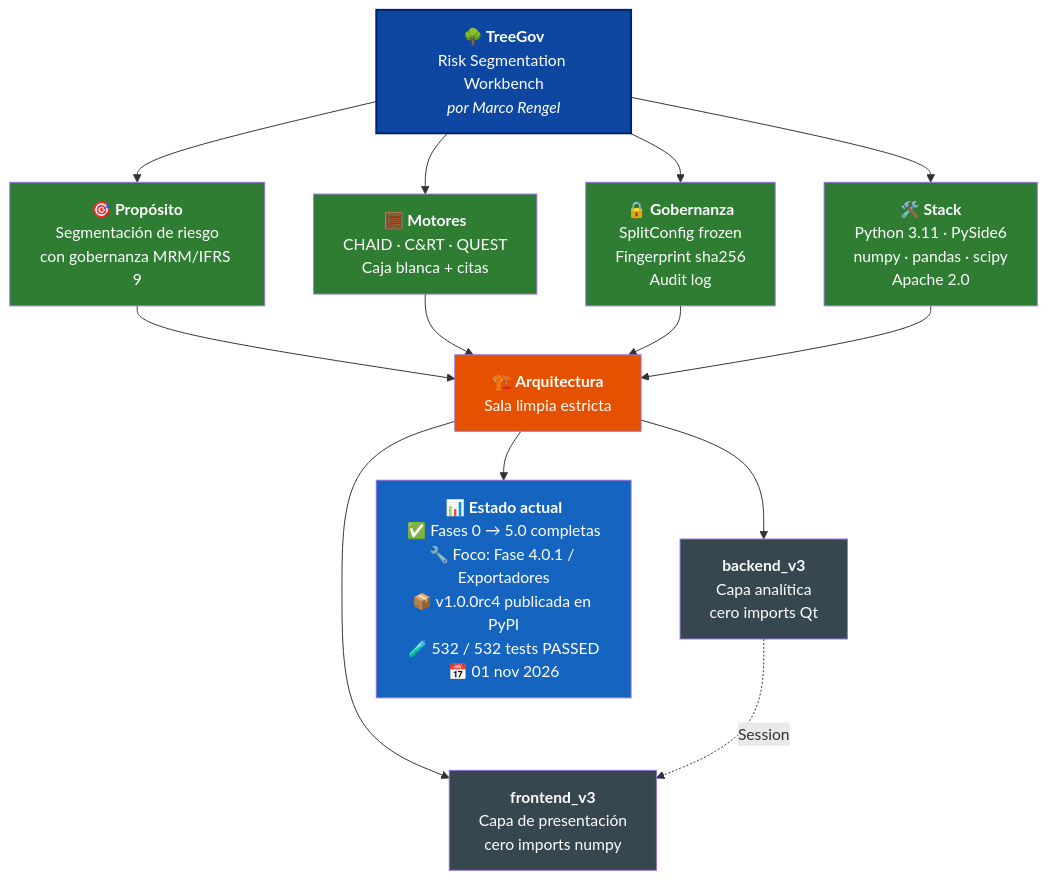
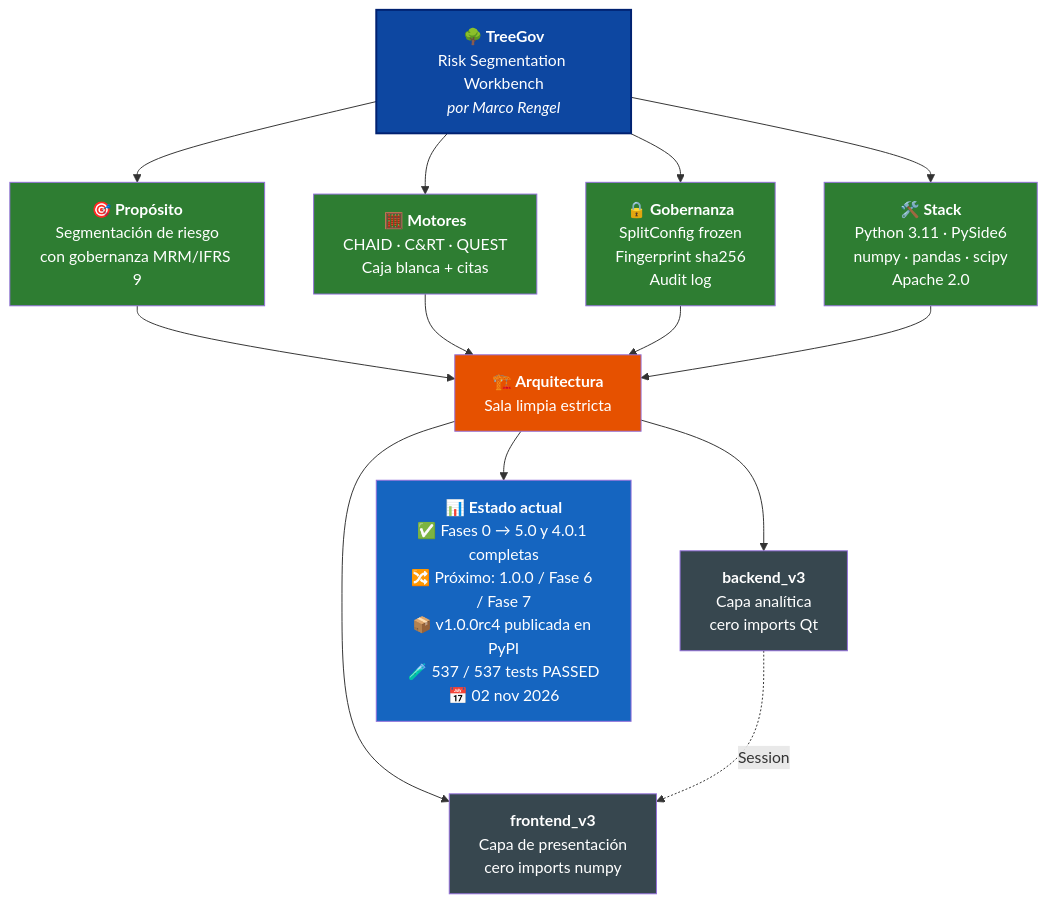
One commit to Marco-Rengel/treegov changed the diagram in README.es.md. Above: the diagram before and after it, drawn with Mermaid. The commit also changed other lines of this file and 12 other files, not shown here.

````diff
--- a/README.es.md
+++ b/README.es.md
@@ -38,31 +38,31 @@
 ```mermaid
 flowchart TB
     TG["<b>🌳 TreeGov</b><br/>Risk Segmentation Workbench<br/><i>por Marco Rengel</i>"]
 
     TG --> P["<b>🎯 Propósito</b><br/>Segmentación de riesgo<br/>con gobernanza MRM/IFRS 9"]
     TG --> M["<b>🧮 Motores</b><br/>CHAID · C&RT · QUEST<br/>Caja blanca + citas"]
     TG --> G["<b>🔒 Gobernanza</b><br/>SplitConfig frozen<br/>Fingerprint sha256<br/>Audit log"]
     TG --> S["<b>🛠️ Stack</b><br/>Python 3.11 · PySide6<br/>numpy · pandas · scipy<br/>Apache 2.0"]
 
     P --> ARQ["<b>🏗️ Arquitectura</b><br/>Sala limpia estricta"]
     M --> ARQ
     G --> ARQ
     S --> ARQ
 
     ARQ --> BE["<b>backend_v3</b><br/>Capa analítica<br/>cero imports Qt"]
     ARQ --> FE["<b>frontend_v3</b><br/>Capa de presentación<br/>cero imports numpy"]
 
     BE -.->|Session| FE
 
-    ARQ --> ST["<b>📊 Estado actual</b><br/>✅ Fases 0 → 5.0 completas<br/>🔧 Foco: Fase 4.0.1 / Exportadores<br/>📦 v1.0.0rc4 publicada en PyPI<br/>🧪 532 / 532 tests PASSED<br/>📅 01 nov 2026"]
+    ARQ --> ST["<b>📊 Estado actual</b><br/>✅ Fases 0 → 5.0 y 4.0.1 completas<br/>🔀 Próximo: 1.0.0 / Fase 6 / Fase 7<br/>📦 v1.0.0rc4 publicada en PyPI<br/>🧪 537 / 537 tests PASSED<br/>📅 02 nov 2026"]
 
     style TG fill:#0D47A1,color:#fff,stroke:#002171,stroke-width:2px
     style P fill:#2E7D32,color:#fff
     style M fill:#2E7D32,color:#fff
     style G fill:#2E7D32,color:#fff
     style S fill:#2E7D32,color:#fff
     style ARQ fill:#E65100,color:#fff
     style BE fill:#37474F,color:#fff
     style FE fill:#37474F,color:#fff
     style ST fill:#1565C0,color:#fff
 ```
````
